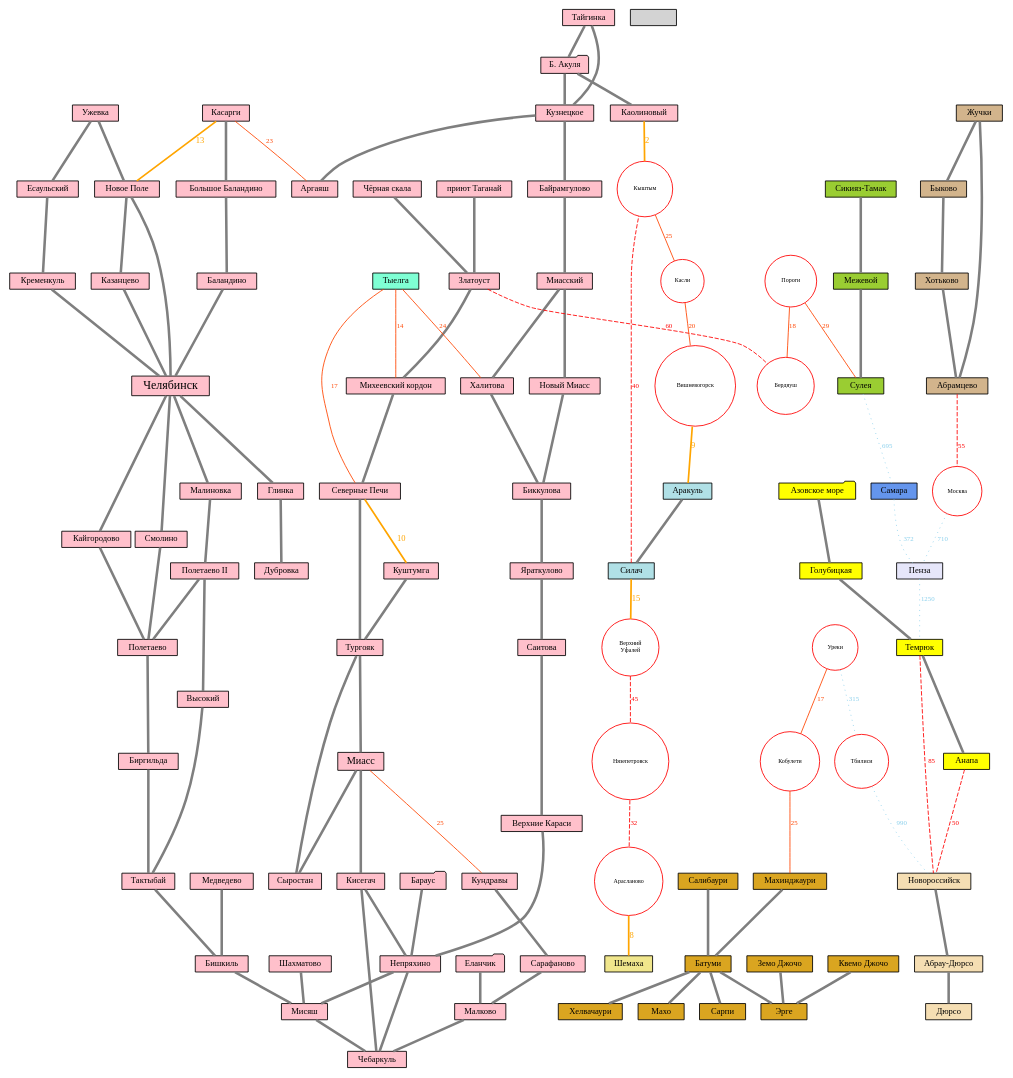
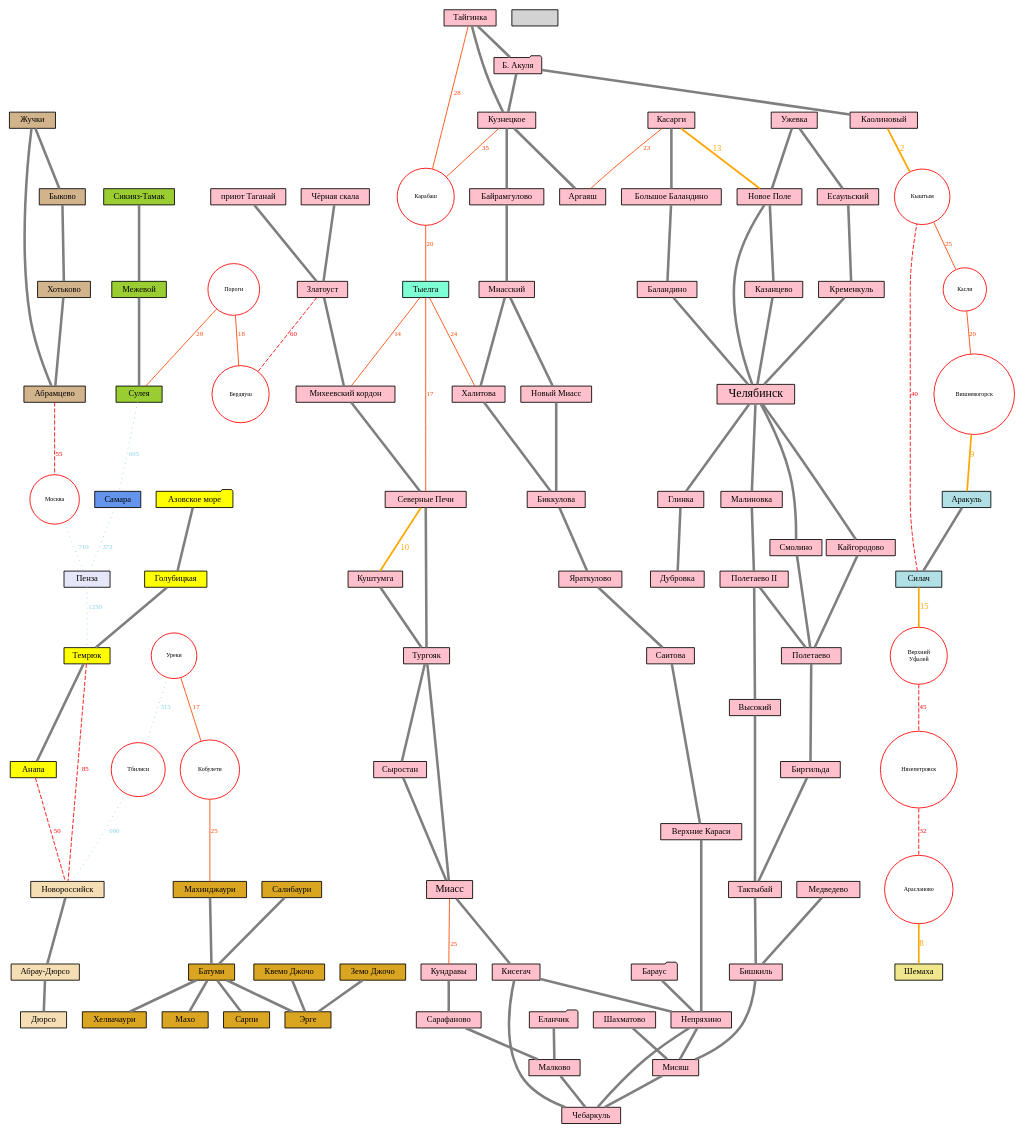
The diagram in bike-area.dot (shoorick/bike-area), drawn with Graphviz before and after one commit. The commit also changed 2 other files, not shown here.

Commit message:
Запланированы маршруты из Тыелги через Карабаш — для упорядочивания графа

```diff
--- a/bike-area.dot
+++ b/bike-area.dot
@@ -1,161 +1,165 @@
 graph G {
     node [ shape=box, fontsize=10, fontname="Droid Sans", style=filled, height=0.2 ]
     edge [ color=gray50, penwidth=3, fontname="Droid Sans" ]
     graph [ overlap=false ]
 
     subgraph main {
         node [ fillcolor=pink ]
         Челябинск [ fontsize=14 ]
 
         "Б. Акуля" [ shape=folder ]
         "Бараус"   [ shape=folder ]
         "Еланчик"  [ shape=folder ]
 
         Миасс [ fontsize=12 ]
         Челябинск -- Смолино -- Полетаево -- Биргильда -- Тактыбай -- Бишкиль -- Мисяш -- Чебаркуль
+        Ужевка -- "Новое Поле" -- Казанцево -- Челябинск
+        "Новое Поле" -- Челябинск
+        Челябинск -- Глинка -- Дубровка
+        Челябинск -- Кайгородово -- Полетаево
+        Ужевка -- Есаульский -- Кременкуль -- Челябинск
+        Касарги -- "Большое Баландино" -- Баландино -- Челябинск
         Миасс -- Кисегач -- Чебаркуль
         Кисегач -- Непряхино -- Мисяш
         Шахматово -- Мисяш
         Медведево -- Бишкиль
         Челябинск -- Малиновка -- "Полетаево II" -- Высокий -- Тактыбай
         "Полетаево II" -- Полетаево
         "Б. Акуля" -- Кузнецкое -- Байрамгулово -- Миасский -- "Новый Миасс" -- Биккулова -- Яраткулово -- Саитова -- "Верхние Караси" -- Непряхино
         Кундравы -- Сарафаново -- Малково
         Бараус -- Непряхино -- Чебаркуль
         Миасский -- Халитова -- Биккулова
         Еланчик -- Малково -- Чебаркуль
         Тайгинка -- "Б. Акуля" -- Каолиновый
         Тайгинка -- Кузнецкое -- Аргаяш
-        Челябинск -- Кайгородово -- Полетаево
-        Ужевка -- Есаульский -- Кременкуль -- Челябинск
-        Касарги -- "Большое Баландино" -- Баландино -- Челябинск
         "Чёрная скала" -- Златоуст -- "Михеевский кордон" -- "Северные Печи"
         "приют Таганай" -- Златоуст
-        "Северные Печи" -- Тургояк -- Миасс -- Сыростан
-        Куштумга -- Тургояк -- Сыростан
-        Ужевка -- "Новое Поле" -- Казанцево -- Челябинск
-        "Новое Поле" -- Челябинск
-        Челябинск -- Глинка -- Дубровка
+        "Северные Печи" -- Тургояк -- Миасс
+        Куштумга -- Тургояк -- Сыростан -- Миасс
     }
 
     subgraph north {
         node [ fillcolor=powderblue ]
 
         Аракуль -- Силач
     }
 
     subgraph penza {
         node [ fillcolor=lavender ]
 
         Пенза
     }
 
     subgraph samara {
         node [ fillcolor=cornflowerblue ]
 
         Самара
     }
 
     subgraph shemakha {
         node [ fillcolor=khaki ]
 
         Шемаха
     }
 
     subgraph ai {
         node [ fillcolor=yellowgreen ]
 
         "Сикияз-Тамак" -- Межевой -- Сулея
     }
 
     subgraph south1 {
         node [ fillcolor=yellow ]
         "Азовское море" [ shape=folder ]
         "Азовское море" -- Голубицкая -- Темрюк -- Анапа
     }
 
     subgraph south2 {
         node [ fillcolor=wheat ]
 
         Новороссийск -- "Абрау-Дюрсо" -- Дюрсо
     }
 
     subgraph georgia {
         node [ fillcolor=goldenrod ]
 
         Махинджаури -- Батуми -- Сарпи
         Салибаури -- Батуми -- Хелвачаури
         Батуми -- Махо
         Батуми -- Эрге
         { "Квемо Джочо" "Земо Джочо" } -- Эрге
     }
 
     subgraph tyelga {
         node [ fillcolor=aquamarine ]
 
         Тыелга
     }
 
     subgraph zhuchki {
         node [ fillcolor=tan ]
 
         Жучки -- Абрамцево
         Жучки -- Быково -- Хотьково -- Абрамцево
     }
 
     subgraph failed_cities {
         node [ shape="circle",fillcolor="white",color="red",fontsize=7, height=0.1 ]
-        Кыштым Касли Пороги Бердяуш Вишневогорск
-        Арасланово Нязепетровск "Верхний\nУфалей"
+
+        Арасланово Бердяуш "Верхний\nУфалей" Вишневогорск Карабаш Касли Кыштым
+        Пороги Нязепетровск
         Москва
         Кобулети Уреки Тбилиси
     }
 
     subgraph failed {
 
         // Ближайшие — можно пройти за час
         edge [ color=orange, fontcolor=orange, fontsize=10, penwidth=2 ]
         Каолиновый -- Кыштым [ label=2 ]
         Вишневогорск -- Аракуль  [ label=9 ]
         "Северные Печи" -- Куштумга [ label=10 ]
         Касарги -- "Новое Поле" [ label=13 ]
         Силач -- "Верхний\nУфалей" [ label=15 ]
         Арасланово -- Шемаха [ label=8 ]
 
         // Ближние
         edge [ color=orangered, fontcolor=orangered, fontsize=8, penwidth=1 ]
         Пороги -- Бердяуш [ label=18 ]
         Миасс -- Кундравы [ label=25 ]
         Касарги -- Аргаяш [ label=23 ]
         Пороги -- Сулея  [ label=29 ]
         Кыштым -- Касли  [ label=25 ]
         Касли -- Вишневогорск [ label=20]
         Тыелга -- "Михеевский кордон" [ label=14 ]
         Тыелга -- "Северные Печи" [ label=17 ]
+        Карабаш -- Тыелга [ label=20 ]
+        Кузнецкое -- Карабаш [ label=35 ]
+        Тайгинка -- Карабаш [ label=28 ]
         Тыелга -- Халитова [ label=24 ]
         Уреки -- Кобулети [ label=17 ]
         Кобулети -- Махинджаури [ label=25 ]
 
         // Средние — можно пройти за день
         edge [ color=red, fontcolor=red, style="dashed" ]
         Силач -- Кыштым  [ label=40 ]
         Анапа -- Новороссийск [ label=50 ]
         Златоуст -- Бердяуш [ label=60 ]
         Нязепетровск -- Арасланово [ label=32 ]
         "Верхний\nУфалей" -- Нязепетровск [ label=45 ]
         Абрамцево -- Москва [ label=55 ]
         Темрюк -- Новороссийск [ label=85 ]
 
         // Дальние (от 100 км)
         edge [ color=plum, fontcolor=plum, style="dotted" ]
 
         // Самые дальние — нереально проехать
         edge [ color=skyblue, fontcolor=skyblue ]
         Уреки -- Тбилиси [ label=315 ]
         Самара -- Пенза [ label=372 ]
         Москва -- Пенза [ label=710 ]
         Сулея -- Самара [ label=695 ]
         Пенза -- Темрюк [ label=1250 ]
         Тбилиси -- Новороссийск [ label=990 ]
     }
 }
```
